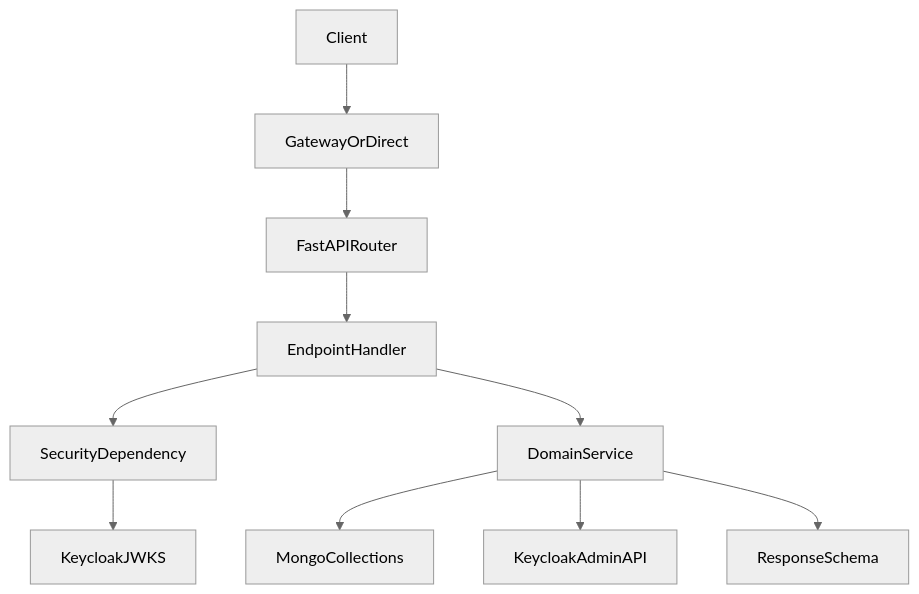
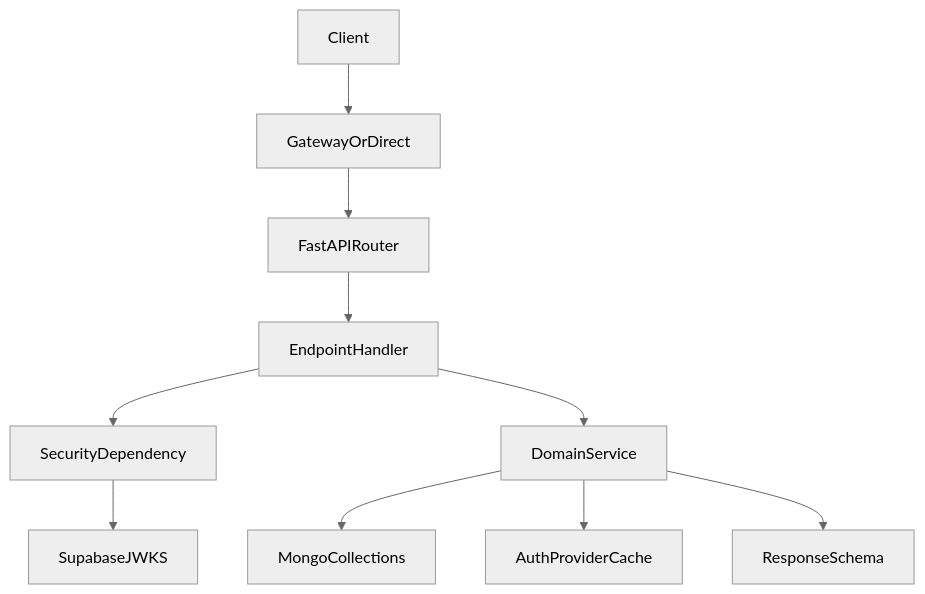
Before and after one commit to bscai-uom-public/chapters-blogs-backend: the diagram in docs/ARCHITECTURE.md, drawn with Mermaid (neutral theme). The commit also changed other lines of this file and 20 other files, not shown here.

First line of the commit message:
Refactor authentication to use Supabase Auth and update documentation

````diff
--- a/docs/ARCHITECTURE.md
+++ b/docs/ARCHITECTURE.md
@@ -34,12 +34,12 @@
 ```mermaid
 flowchart TD
     client[Client] --> ingress[GatewayOrDirect]
     ingress --> router[FastAPIRouter]
     router --> endpoint[EndpointHandler]
     endpoint --> auth[SecurityDependency]
     endpoint --> service[DomainService]
-    auth --> keycloakJwks[KeycloakJWKS]
+    auth --> supabaseJwks[SupabaseJWKS]
     service --> mongo[MongoCollections]
-    service --> keycloakAdmin[KeycloakAdminAPI]
+    service --> authProvider[AuthProviderCache]
     service --> schema[ResponseSchema]
 ```
````
